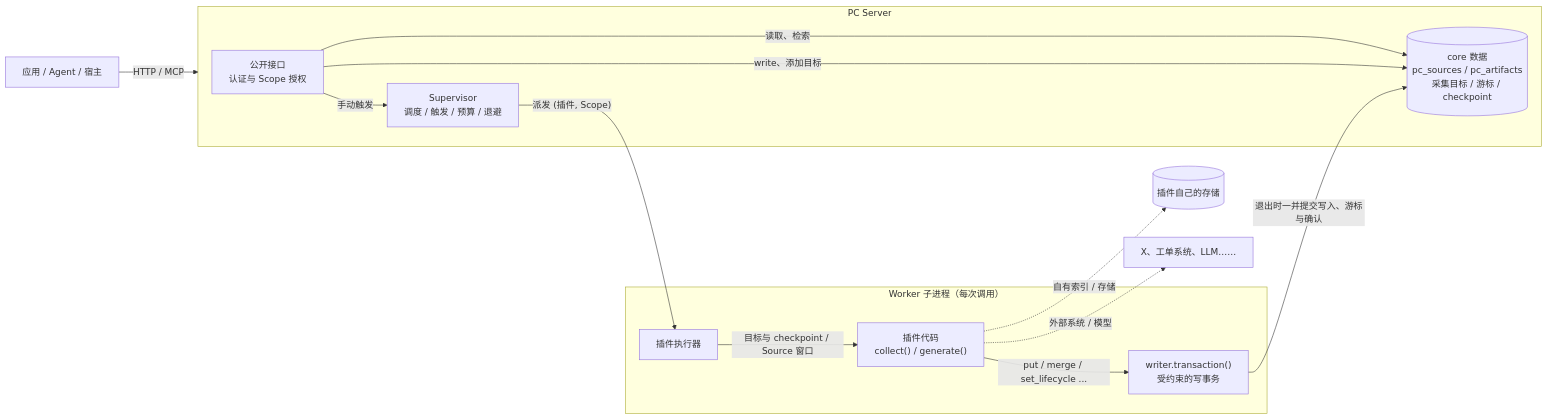
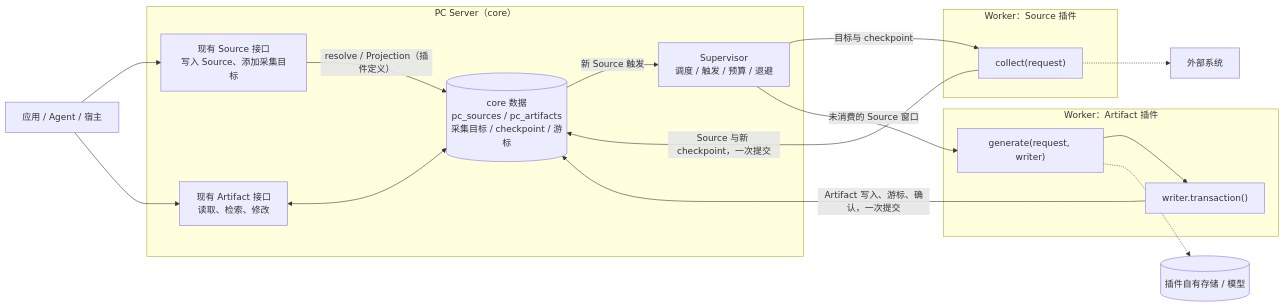
The diagram in docs/zh/rfcs/2549-plugin-interfaces.md (oceanbase/powercontext), drawn with Mermaid before and after one commit. The commit also changed other lines of this file and 1 other file, not shown here.

Commit message:
docs(rfc): declare plugins in code and reuse the Source and Artifact APIs

````diff
--- a/docs/zh/rfcs/2549-plugin-interfaces.md
+++ b/docs/zh/rfcs/2549-plugin-interfaces.md
@@ -71,23 +74,29 @@
 ```mermaid
 flowchart LR
-    Host["应用 / Agent / 宿主"] -->|"HTTP / MCP"| Server
-    subgraph Server["PC Server"]
-        API["公开接口<br/>认证与 Scope 授权"]
+    Caller["应用 / Agent / 宿主"]
+    subgraph Server["PC Server（core）"]
+        SourceAPI["现有 Source 接口<br/>写入 Source、添加采集目标"]
+        ArtifactAPI["现有 Artifact 接口<br/>读取、检索、修改"]
         Sup["Supervisor<br/>调度 / 触发 / 预算 / 退避"]
-        Core[("core 数据<br/>pc_sources / pc_artifacts<br/>采集目标 / 游标 / checkpoint")]
+        Core[("core 数据<br/>pc_sources / pc_artifacts<br/>采集目标 / checkpoint / 游标")]
     end
-    subgraph Worker["Worker 子进程（每次调用）"]
-        Exec["插件执行器"]
-        Plugin["插件代码<br/>collect() / generate()"]
-        Tx["writer.transaction()<br/>受约束的写事务"]
-        Exec -->|"目标与 checkpoint / Source 窗口"| Plugin
-        Plugin -->|"put / merge / set_lifecycle ..."| Tx
+    subgraph SW["Worker：Source 插件"]
+        Collect["collect(request)"]
     end
-    API -->|"读取、检索"| Core
-    API -->|"write、添加目标"| Core
-    API -->|"手动触发"| Sup
-    Sup -->|"派发 (插件, Scope)"| Exec
-    Tx -->|"退出时一并提交写入、游标与确认"| Core
-    Plugin -.->|"自有索引 / 存储"| Own[("插件自己的存储")]
-    Plugin -.->|"外部系统 / 模型"| Ext["X、工单系统、LLM……"]
+    subgraph AW["Worker：Artifact 插件"]
+        Generate["generate(request, writer)"]
+        Tx["writer.transaction()"]
+        Generate --> Tx
+    end
+    Caller --> SourceAPI
+    Caller --> ArtifactAPI
+    SourceAPI -->|"resolve / Projection（插件定义）"| Core
+    ArtifactAPI <--> Core
+    Sup -->|"目标与 checkpoint"| Collect
+    Collect -->|"Source 与新 checkpoint，一次提交"| Core
+    Core -->|"新 Source 触发"| Sup
+    Sup -->|"未消费的 Source 窗口"| Generate
+    Tx -->|"Artifact 写入、游标、确认，一次提交"| Core
+    Collect -.-> Ext["外部系统"]
+    Generate -.-> Own[("插件自有存储 / 模型")]
 ```
````
